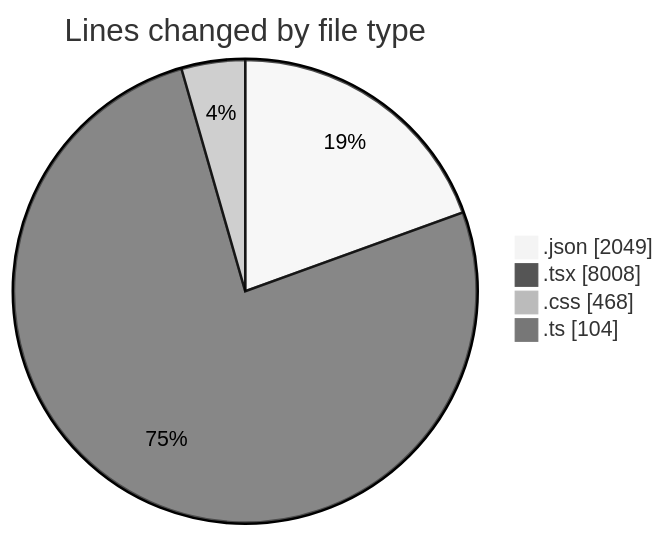
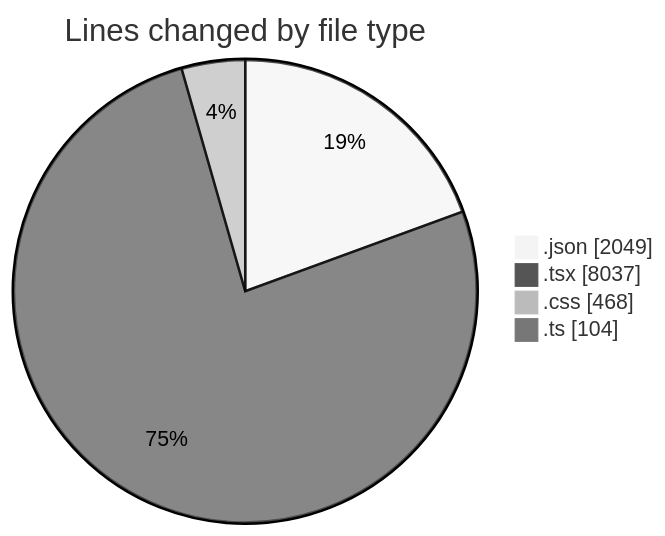
One commit to EIIisD/code-tracking changed the first of 2 diagrams in 2025-08-14/ribbon/README.md. Above: the diagram before and after it, drawn with Mermaid (neutral theme). The commit also changed other lines of this file and 1 other file, not shown here.

````diff
--- a/2025-08-14/ribbon/README.md
+++ b/2025-08-14/ribbon/README.md
@@ -33,8 +33,8 @@
 ```mermaid
 pie showData
 title Lines changed by file type
 ".json" : 2049
-".tsx" : 8008
+".tsx" : 8037
 ".css" : 468
 ".ts" : 104
 ```
````
